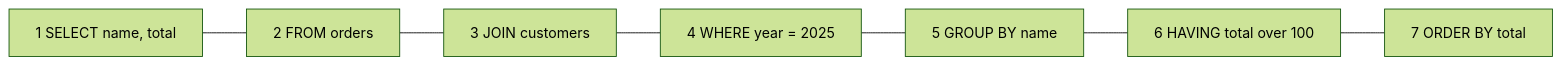
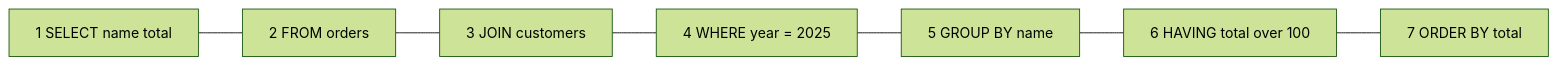
Before and after one commit to grafanaKibana/devbook.zip: the first of 2 diagrams in Vault/Software Engineering/03 Data Persistence/SQL/SQL.md, drawn with Mermaid (forest theme). The commit also changed other lines of this file and 33 other files, not shown here.

````diff
--- a/Vault/Software Engineering/03 Data Persistence/SQL/SQL.md
+++ b/Vault/Software Engineering/03 Data Persistence/SQL/SQL.md
@@ -22,4 +25,4 @@
 ```mermaid
 graph LR
-    W1["1 SELECT name, total"] --- W2["2 FROM orders"] --- W3["3 JOIN customers"] --- W4["4 WHERE year = 2025"] --- W5["5 GROUP BY name"] --- W6["6 HAVING total over 100"] --- W7["7 ORDER BY total"]
+    W1["1 SELECT name total"] --- W2["2 FROM orders"] --- W3["3 JOIN customers"] --- W4["4 WHERE year = 2025"] --- W5["5 GROUP BY name"] --- W6["6 HAVING total over 100"] --- W7["7 ORDER BY total"]
 ```
````
